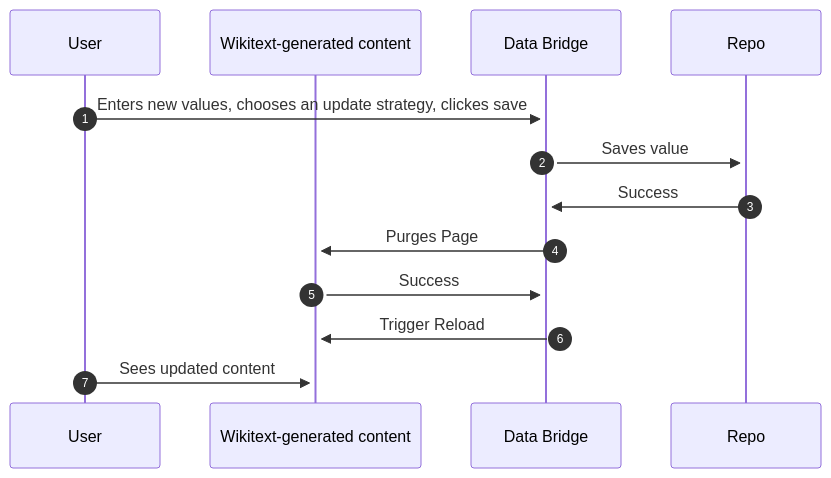
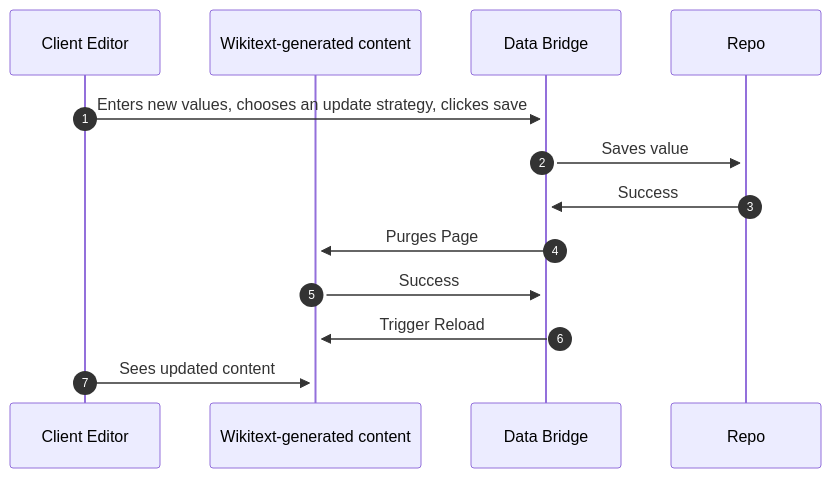
One commit to wmde/wikidata-wikibase-architecture changed the third of 7 diagrams in systems/WikibaseClient/06-Runtime_View.md. Above: the diagram before and after it, drawn with Mermaid. The commit also changed other lines of this file and 9 other files, not shown here.

First line of the commit message:
Explain various users across diagrams

````diff
--- a/systems/WikibaseClient/06-Runtime_View.md
+++ b/systems/WikibaseClient/06-Runtime_View.md
@@ -46,14 +46,14 @@
 ```mermaid
 sequenceDiagram
     autonumber
-    participant User
+    participant Client Editor
     participant Page as Wikitext-generated content
     participant Bridge as Data Bridge
-    User->>+Bridge: Enters new values, chooses an update strategy, clickes save
+    Client Editor->>+Bridge: Enters new values, chooses an update strategy, clickes save
     Bridge->>+Repo: Saves value
     Repo->>+Bridge: Success
     Bridge->>+Page: Purges Page
     Page->>+Bridge: Success
     Bridge->>+Page: Trigger Reload
-    User->>+Page: Sees updated content
+    Client Editor->>+Page: Sees updated content
 ```
````
